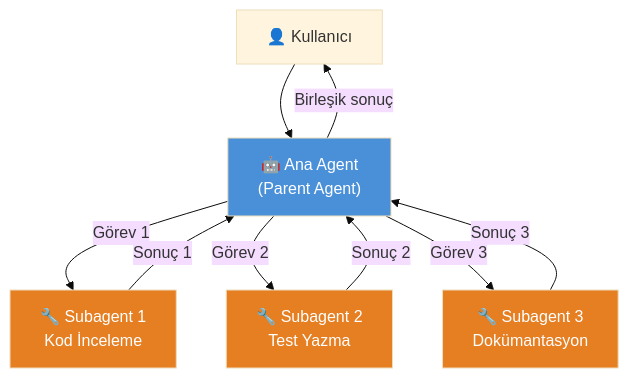
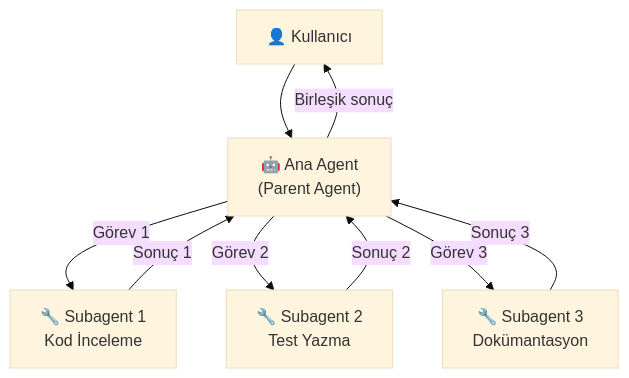
One commit to IzzetYasinAtes/ClaudeCodeHandbook changed the first of 8 diagrams in 13-subagentlar-ve-agent-takimlari/01-subagent-nedir.md. Above: the diagram before and after it, drawn with Mermaid (base theme). The commit also changed other lines of this file and 97 other files, not shown here.

Commit message:
Remove all custom Mermaid style/fill colors from 98 markdown files for consistent dark theme rendering

````diff
--- a/13-subagentlar-ve-agent-takimlari/01-subagent-nedir.md
+++ b/13-subagentlar-ve-agent-takimlari/01-subagent-nedir.md
@@ -19,19 +19,15 @@
 ```mermaid
 flowchart TD
     USER["👤 Kullanıcı"] --> PARENT["🤖 Ana Agent<br/>(Parent Agent)"]
 
     PARENT --> |"Görev 1"| SUB1["🔧 Subagent 1<br/>Kod İnceleme"]
     PARENT --> |"Görev 2"| SUB2["🔧 Subagent 2<br/>Test Yazma"]
     PARENT --> |"Görev 3"| SUB3["🔧 Subagent 3<br/>Dokümantasyon"]
 
     SUB1 --> |"Sonuç 1"| PARENT
     SUB2 --> |"Sonuç 2"| PARENT
     SUB3 --> |"Sonuç 3"| PARENT
 
     PARENT --> |"Birleşik sonuç"| USER
 
-    style PARENT fill:#4A90D9,color:#fff
-    style SUB1 fill:#E67E22,color:#fff
-    style SUB2 fill:#E67E22,color:#fff
-    style SUB3 fill:#E67E22,color:#fff
 ```
````
